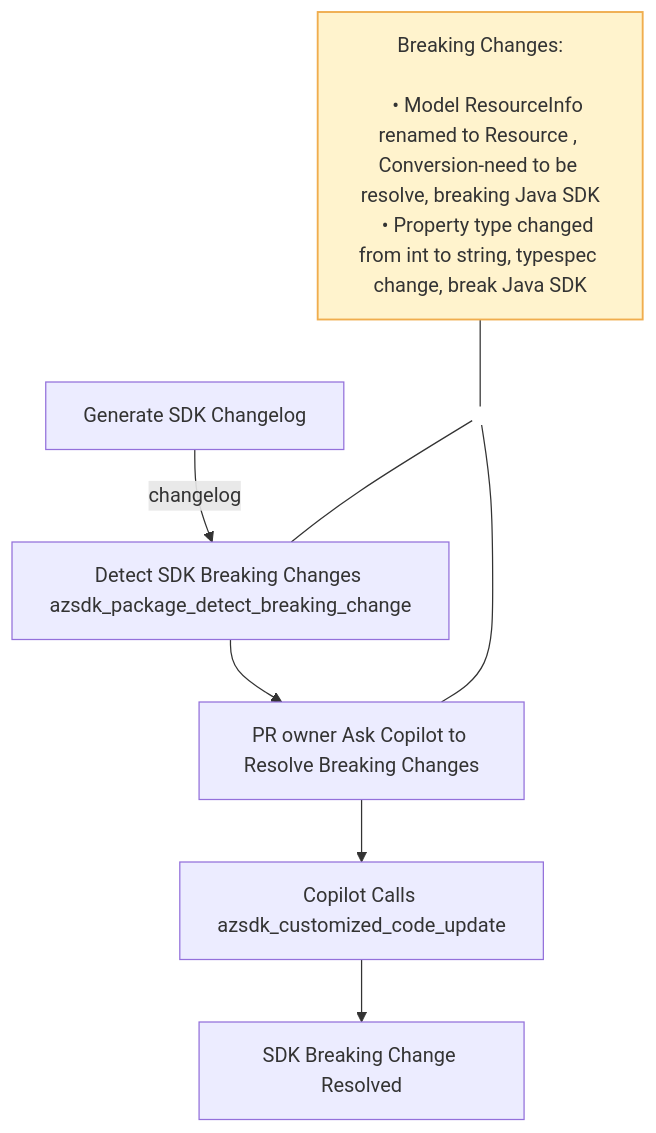
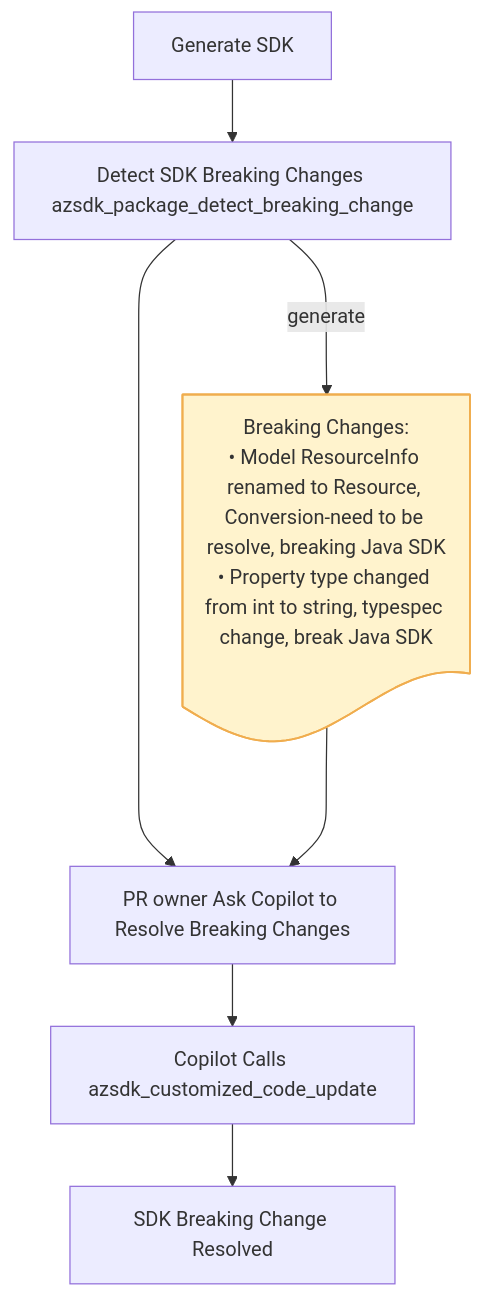
The second of 2 diagrams in tools/azsdk-cli/docs/specs/sdk-breaking-change-detect.spec.md (Azure/azure-sdk-tools), drawn with Mermaid before and after one commit. The commit also changed other lines of this file, not shown here.

````diff
--- a/tools/azsdk-cli/docs/specs/sdk-breaking-change-detect.spec.md
+++ b/tools/azsdk-cli/docs/specs/sdk-breaking-change-detect.spec.md
@@ -294,30 +314,22 @@
 ```mermaid
 flowchart TD
-    A[Generate SDK Changelog]
+    A[Generate SDK]
     B[Detect SDK Breaking Changes azsdk_package_detect_breaking_change]
     C[PR owner Ask Copilot to Resolve Breaking Changes]
     D[Copilot Calls azsdk_customized_code_update]
     E[SDK Breaking Change Resolved]
 
-    A -->|changelog| B
+    A --> B
     B --> C
     C --> D
     D --> E
 
-    %% invisible anchor above the B -> C edge
-    X(( ))
-    X --- B
-    X --- C
+    F@{ shape: doc, label: "Breaking Changes:<br/>• Model ResourceInfo renamed to Resource, Conversion-need to be resolve, breaking Java SDK<br/>• Property type changed from int to string, typespec change, break Java SDK" }
 
-    BC["Breaking Changes:<br/>
-    • Model ResourceInfo renamed to Resource , Conversion-need to be resolve, breaking Java SDK
-    • Property type changed from int to string, typespec change, break Java SDK
-    "]
-
-    BC --- X
+    B ---> |generate|F
+    F ---> C
 
     %% styling
-    class BC breaking;
+    class F breaking;
     classDef breaking fill:#fff3cd,stroke:#f0ad4e,stroke-width:1.5px;
-    style X fill:transparent,stroke:transparent
 ```
````
